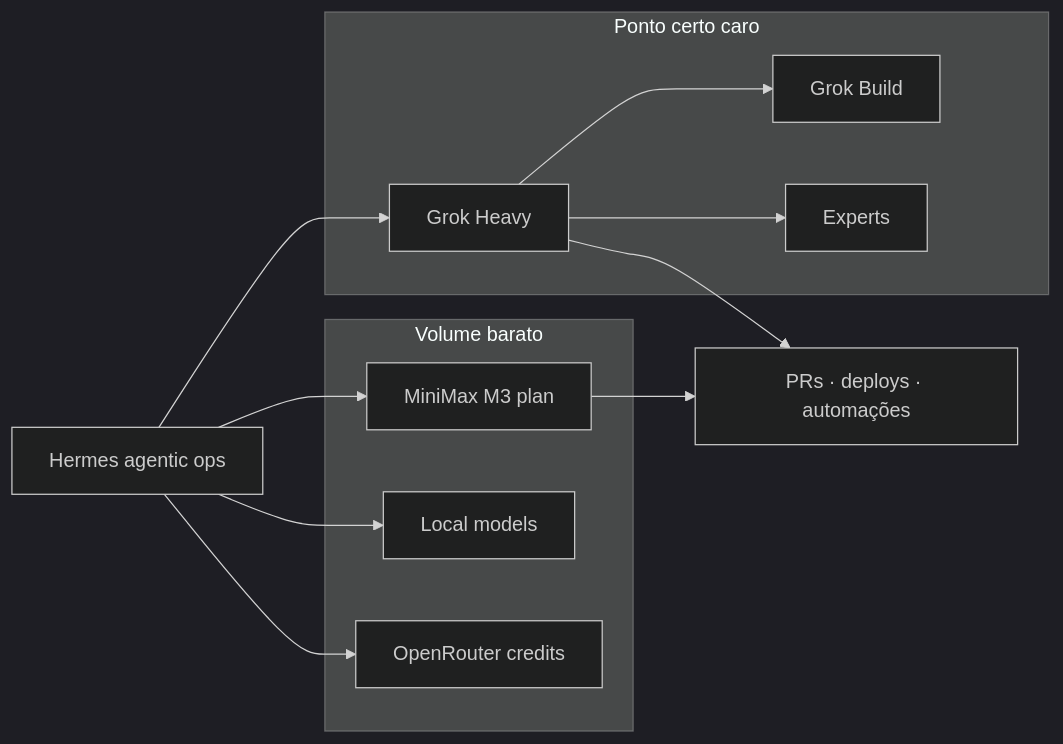
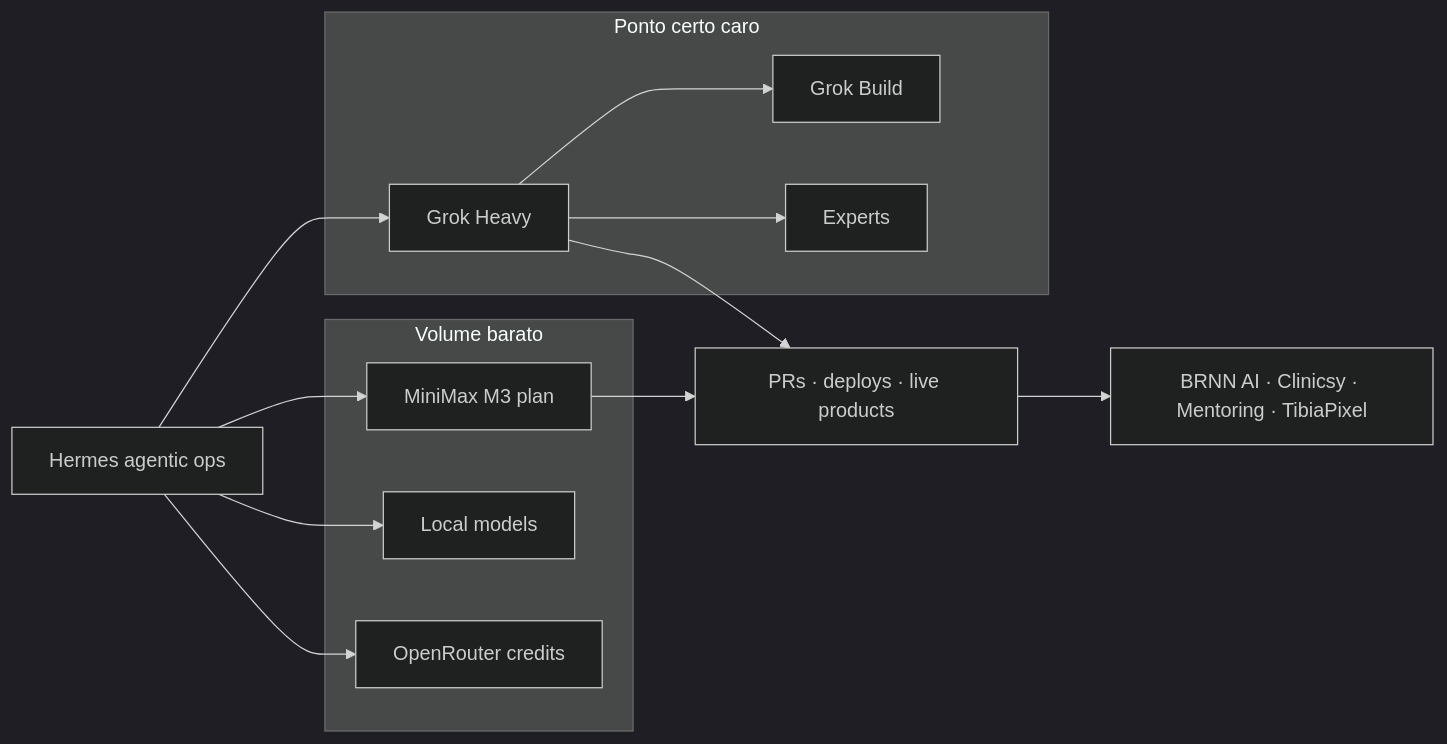
The diagram in src/content/blog/agentic-ops-token-mix.pt.md (brenonaraujo/brenon.cloud), drawn with Mermaid (dark theme) before and after one commit. The commit also changed other lines of this file and 1 other file, not shown here.

First line of the commit message:
feat(blog): tie token-mix post to live catalog and git-meta-harness

````diff
--- a/src/content/blog/agentic-ops-token-mix.pt.md
+++ b/src/content/blog/agentic-ops-token-mix.pt.md
@@ -89,21 +91,22 @@
 ```mermaid
 flowchart LR
   subgraph volume [Volume barato]
     MM[MiniMax M3 plan]
     Local[Local models]
     OR[OpenRouter credits]
   end
   subgraph frontier [Ponto certo caro]
     Grok[Grok Heavy]
     Build[Grok Build]
     Exp[Experts]
   end
   Hermes[Hermes agentic ops] --> MM
   Hermes --> Grok
   Hermes --> Local
   Hermes --> OR
   Grok --> Build
   Grok --> Exp
-  MM --> Ship[PRs · deploys · automações]
+  MM --> Ship[PRs · deploys · live products]
   Grok --> Ship
+  Ship --> Catalog[BRNN AI · Clinicsy · Mentoring · TibiaPixel]
 ```
````
